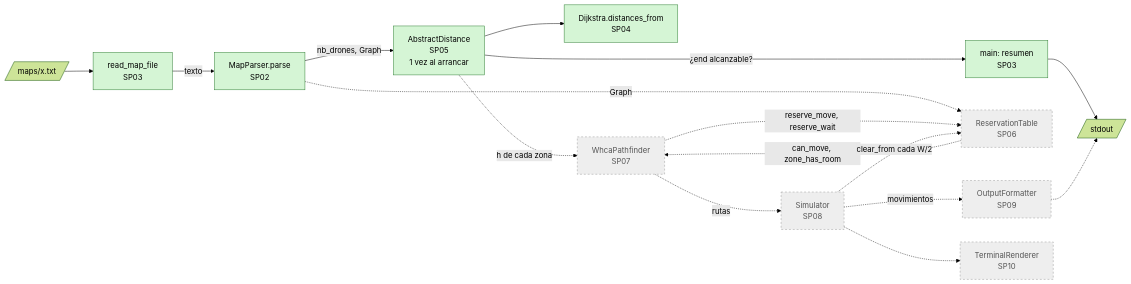
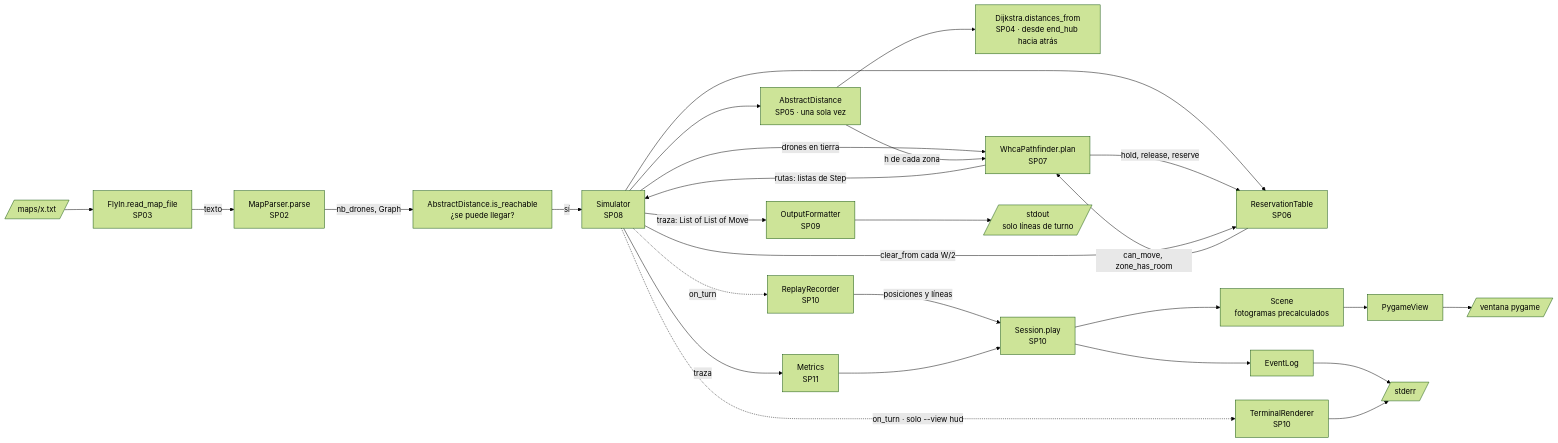
Before and after one commit to 0xARCOS/Fly-In: the second of 55 diagrams in docs/07-diagramas.md, drawn with Mermaid (forest theme). The commit also changed other lines of this file and 63 other files, not shown here.

````diff
--- a/docs/07-diagramas.md
+++ b/docs/07-diagramas.md
@@ -75,24 +108,29 @@
 ```mermaid
 flowchart LR
-    F[/"maps/x.txt"/] --> R["read_map_file<br/>SP03"]
+    F[/"maps/x.txt"/] --> R["FlyIn.read_map_file<br/>SP03"]
     R -->|"texto"| P["MapParser.parse<br/>SP02"]
-    P -->|"nb_drones, Graph"| AD["AbstractDistance<br/>SP05<br/>1 vez al arrancar"]
-    AD -->|"¿end alcanzable?"| M["main: resumen<br/>SP03"]
-    M --> OUT[/"stdout"/]
-    AD --> DJ["Dijkstra.distances_from<br/>SP04"]
-
-    P -.->|"Graph"| RT["ReservationTable<br/>SP06"]
-    AD -.->|"h de cada zona"| W["WhcaPathfinder<br/>SP07"]
-    RT -.->|"can_move, zone_has_room"| W
-    W -.->|"reserve_move, reserve_wait"| RT
-    W -.->|"rutas"| S["Simulator<br/>SP08"]
-    S -.->|"clear_from cada W/2"| RT
-    S -.->|"movimientos"| O["OutputFormatter<br/>SP09"]
-    S -.-> V["TerminalRenderer<br/>SP10"]
-    O -.-> OUT
-
-    classDef done fill:#d5f5d5,stroke:#2e7d32,color:#000
-    classDef todo fill:#eeeeee,stroke:#999,color:#555,stroke-dasharray:4
-    class R,P,AD,M,DJ done
-    class RT,W,S,O,V todo
+    P -->|"nb_drones, Graph"| RCH["AbstractDistance.is_reachable<br/>¿se puede llegar?"]
+    RCH -->|"sí"| SIM["Simulator<br/>SP08"]
+    SIM --> AD["AbstractDistance<br/>SP05 · una sola vez"]
+    AD --> DJ["Dijkstra.distances_from<br/>SP04 · desde end_hub hacia atrás"]
+    SIM --> RT["ReservationTable<br/>SP06"]
+    SIM -->|"drones en tierra"| W["WhcaPathfinder.plan<br/>SP07"]
+    AD -->|"h de cada zona"| W
+    RT -->|"can_move, zone_has_room"| W
+    W -->|"hold, release, reserve"| RT
+    W -->|"rutas: listas de Step"| SIM
+    SIM -->|"clear_from cada W/2"| RT
+    SIM -->|"traza: List of List of Move"| O["OutputFormatter<br/>SP09"]
+    SIM -->|"traza"| MT["Metrics<br/>SP11"]
+    SIM -.->|"on_turn"| REC["ReplayRecorder<br/>SP10"]
+    SIM -.->|"on_turn · solo --view hud"| HUD["TerminalRenderer<br/>SP10"]
+    REC -->|"posiciones y líneas"| SES["Session.play<br/>SP10"]
+    MT --> SES
+    SES --> LOG["EventLog"]
+    SES --> SC["Scene<br/>fotogramas precalculados"]
+    SC --> PV["PygameView"]
+    PV --> WIN[/"ventana pygame"/]
+    LOG --> ERR[/"stderr"/]
+    HUD --> ERR
+    O --> OUT[/"stdout<br/>solo líneas de turno"/]
 ```
````
